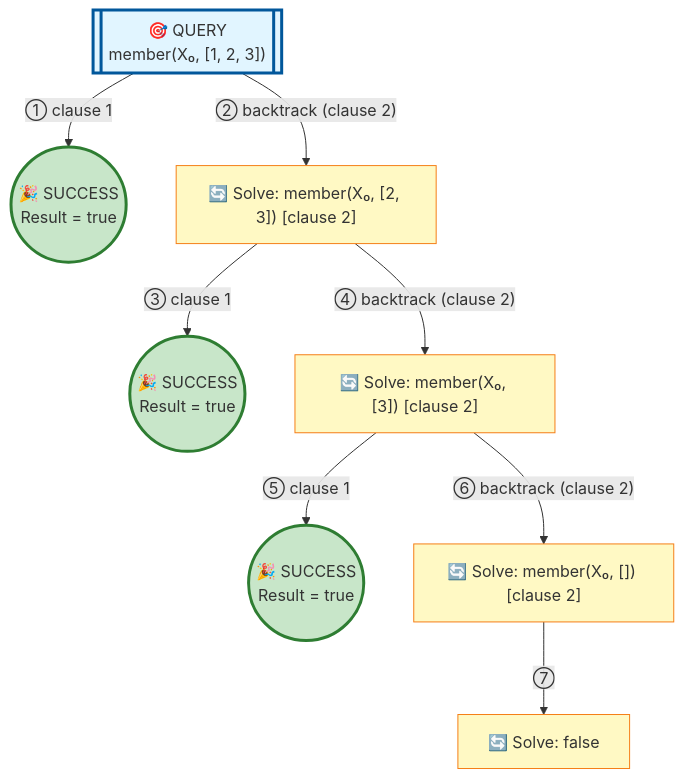
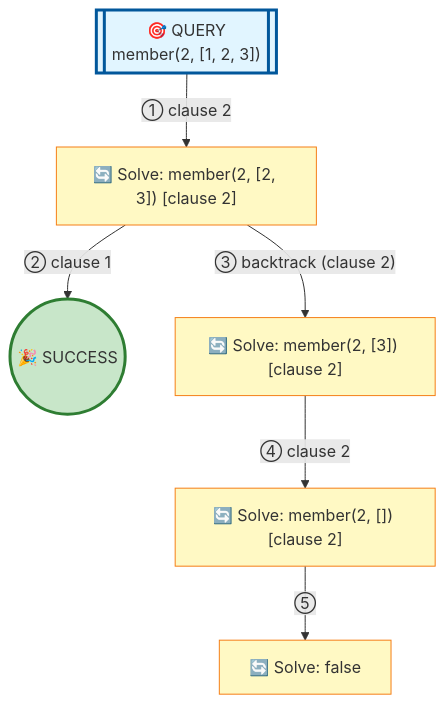
The diagram in examples/member-minimal.md (jarecsni/prolog-trace-viz), drawn with Mermaid before and after one commit. The commit also changed other lines of this file and 14 other files, not shown here.

````diff
--- a/examples/member-minimal.md
+++ b/examples/member-minimal.md
@@ -16,32 +16,26 @@
 ```mermaid
 graph TD
 
 %% Nodes
-A[["🎯 QUERY<br/>member(X₀, [1, 2, 3])"]]
-B(("🎉 SUCCESS<br/>Result = true"))
-C["🔄 Solve: member(X₀, [2, 3]) [clause 2]"]
-D(("🎉 SUCCESS<br/>Result = true"))
-E["🔄 Solve: member(X₀, [3]) [clause 2]"]
-F(("🎉 SUCCESS<br/>Result = true"))
-G["🔄 Solve: member(X₀, []) [clause 2]"]
-H["🔄 Solve: false"]
+A[["🎯 QUERY<br/>member(2, [1, 2, 3])"]]
+B["🔄 Solve: member(2, [2, 3]) [clause 2]"]
+C(("🎉 SUCCESS"))
+D["🔄 Solve: member(2, [3]) [clause 2]"]
+E["🔄 Solve: member(2, []) [clause 2]"]
+F["🔄 Solve: false"]
 
 %% Edges
-A -->|"① clause 1"| B
-A -->|"② backtrack (clause 2)"| C
-C -->|"③ clause 1"| D
-C -->|"④ backtrack (clause 2)"| E
-E -->|"⑤ clause 1"| F
-E -->|"⑥ backtrack (clause 2)"| G
-G -->|"⑦"| H
+A -->|"① clause 2"| B
+B -->|"② clause 1"| C
+B -->|"③ backtrack (clause 2)"| D
+D -->|"④ clause 2"| E
+E -->|"⑤"| F
 
 %% Styles
 style A fill:#e1f5ff,stroke:#01579b,stroke-width:3px
-style B fill:#c8e6c9,stroke:#2e7d32,stroke-width:3px
-style C fill:#fff9c4,stroke:#f57f17
-style D fill:#c8e6c9,stroke:#2e7d32,stroke-width:3px
+style B fill:#fff9c4,stroke:#f57f17
+style C fill:#c8e6c9,stroke:#2e7d32,stroke-width:3px
+style D fill:#fff9c4,stroke:#f57f17
 style E fill:#fff9c4,stroke:#f57f17
-style F fill:#c8e6c9,stroke:#2e7d32,stroke-width:3px
-style G fill:#fff9c4,stroke:#f57f17
-style H fill:#fff9c4,stroke:#f57f17
+style F fill:#fff9c4,stroke:#f57f17
 ```
````
